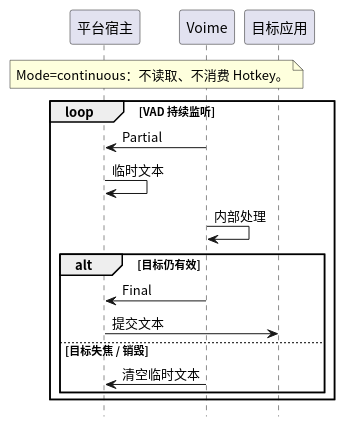
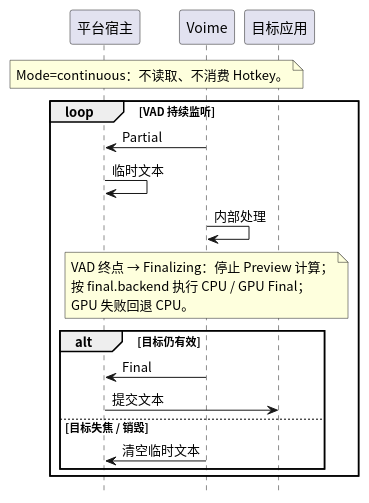
Before and after one commit to 54m43lJ/voime: the diagram in diagram/seq-continuous.puml, drawn with PlantUML. The commit also changed 72 other files, not shown here.

```diff
--- a/diagram/seq-continuous.puml
+++ b/diagram/seq-continuous.puml
@@ -1,25 +1,30 @@
 @startuml
 skinparam defaultFontName "Noto Sans CJK SC"
 skinparam shadowing false
 hide footbox
 
 participant "平台宿主" as Host
 participant "Voime" as Voime
 participant "目标应用" as App
 
 note over Host, Voime
   Mode=continuous：不读取、不消费 Hotkey。
 end note
 
 loop VAD 持续监听
   Voime -> Host : Partial
   Host -> Host : 临时文本
   Voime -> Voime : 内部处理
+  note over Voime
+    VAD 终点 → Finalizing：停止 Preview 计算；
+    按 final.backend 执行 CPU / GPU Final；
+    GPU 失败回退 CPU。
+  end note
   alt 目标仍有效
     Voime -> Host : Final
     Host -> App : 提交文本
   else 目标失焦 / 销毁
     Voime -> Host : 清空临时文本
   end
 end
 @enduml
```
